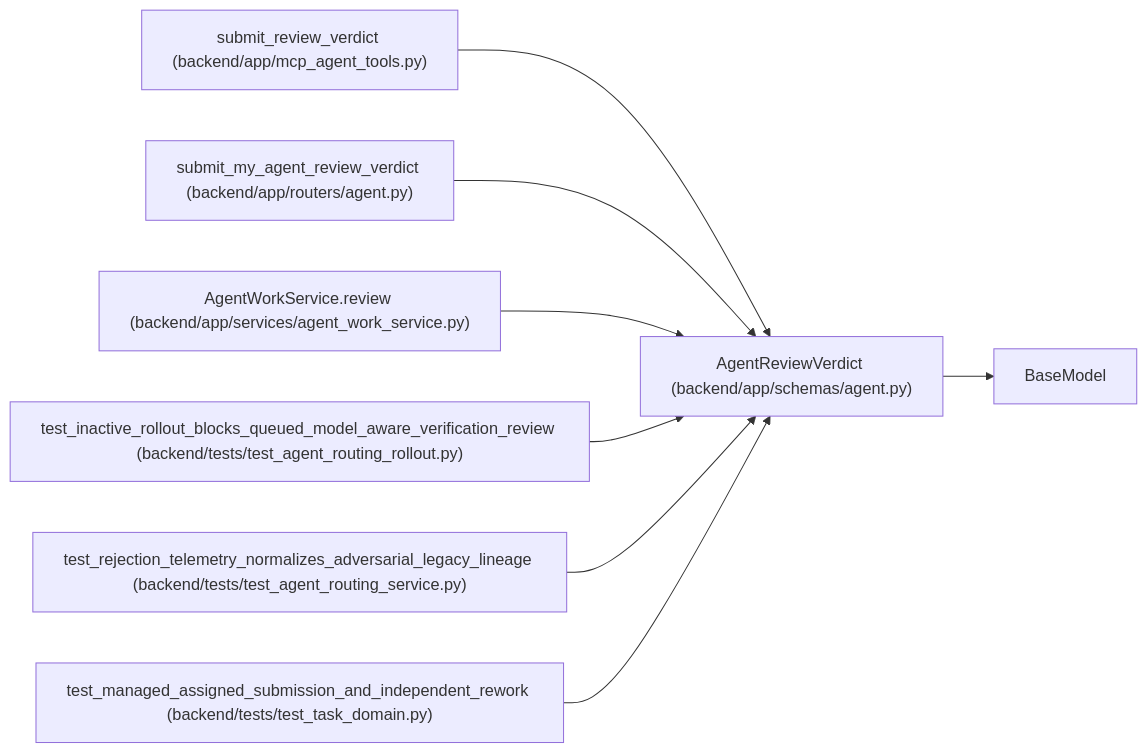
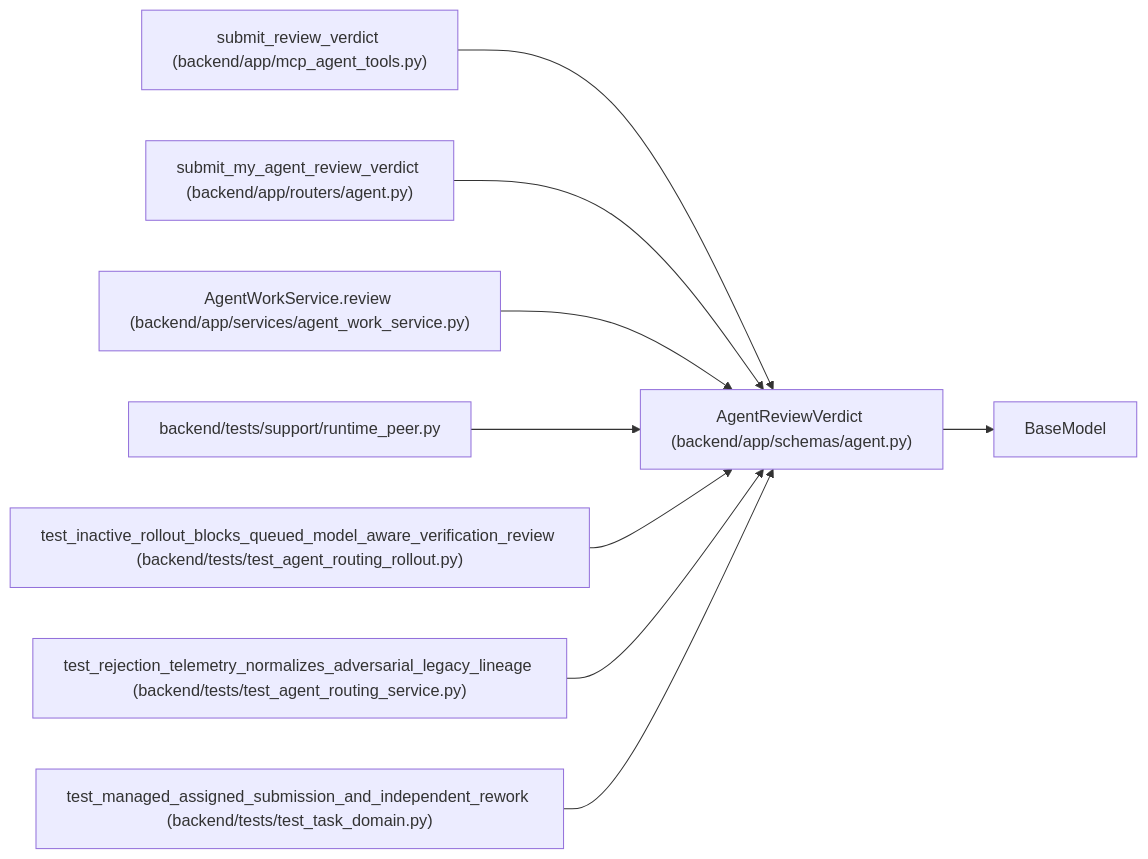
One commit to Denissvgn/WorkChord changed the diagram in docs/llm_wiki/entities/AgentReviewVerdict.md. Above: the diagram before and after it, drawn with Mermaid. The commit also changed other lines of this file and 6624 other files, not shown here.

````diff
--- a/docs/llm_wiki/entities/AgentReviewVerdict.md
+++ b/docs/llm_wiki/entities/AgentReviewVerdict.md
@@ -45,25 +45,28 @@
 ```mermaid
 flowchart LR
     n0["AgentReviewVerdict (backend/app/schemas/agent.py)"]
     n1["BaseModel"]
     n2["submit_review_verdict (backend/app/mcp_agent_tools.py)"]
     n3["submit_my_agent_review_verdict (backend/app/routers/agent.py)"]
     n4["AgentWorkService.review (backend/app/services/agent_work_service.py)"]
-    n5["test_inactive_rollout_blocks_queued_model_aware_verification_review (backend/tests/test_agent_routing_rollout.py)"]
-    n6["test_rejection_telemetry_normalizes_adversarial_legacy_lineage (backend/tests/test_agent_routing_service.py)"]
-    n7["test_managed_assigned_submission_and_independent_rework (backend/tests/test_task_domain.py)"]
+    n5["backend/tests/support/runtime_peer.py"]
+    n6["test_inactive_rollout_blocks_queued_model_aware_verification_review (backend/tests/test_agent_routing_rollout.py)"]
+    n7["test_rejection_telemetry_normalizes_adversarial_legacy_lineage (backend/tests/test_agent_routing_service.py)"]
+    n8["test_managed_assigned_submission_and_independent_rework (backend/tests/test_task_domain.py)"]
     n0 --> n1
     n2 --> n0
     n3 --> n0
     n4 --> n0
     n5 --> n0
     n6 --> n0
     n7 --> n0
+    n8 --> n0
     click n0 "../modules/schemas_agent.md"
     click n2 "../modules/mcp_agent_tools.md"
     click n3 "../modules/routers_agent.md"
     click n4 "../modules/agent_work_service.md"
-    click n5 "../modules/test_agent_routing_rollout.md"
-    click n6 "../modules/test_agent_routing_service.md"
-    click n7 "../modules/test_task_domain.md"
+    click n5 "../modules/runtime_peer.md"
+    click n6 "../modules/test_agent_routing_rollout.md"
+    click n7 "../modules/test_agent_routing_service.md"
+    click n8 "../modules/test_task_domain.md"
 ```
````
